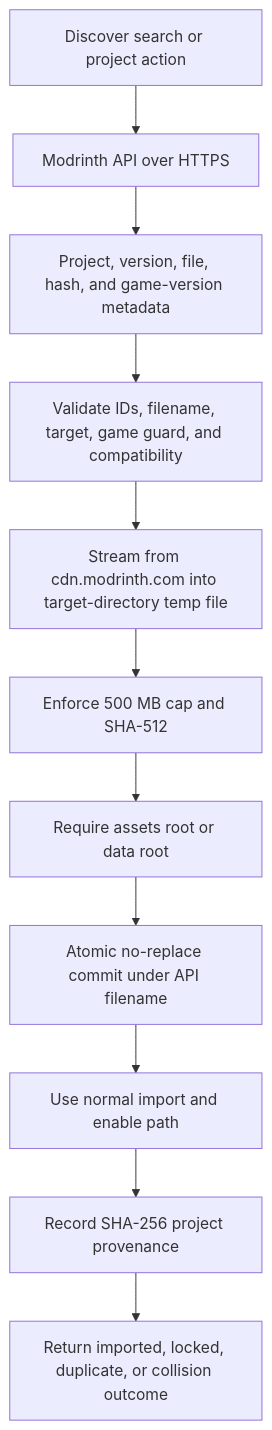
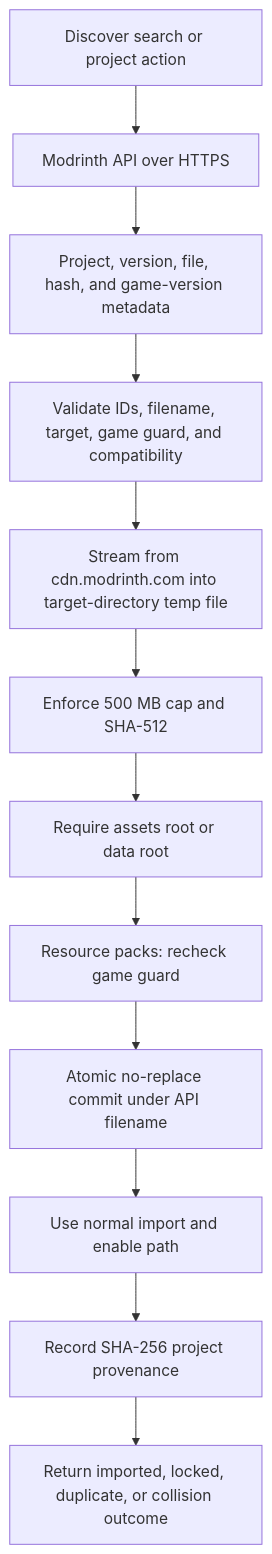
One commit to botij0/mine-utils-manager changed the fifth of 5 diagrams in ARCHITECTURE.md. Above: the diagram before and after it, drawn with Mermaid. The commit also changed other lines of this file, not shown here.

Commit message:
docs: show the finish-time game guard recheck in the install pipeline

````diff
--- a/ARCHITECTURE.md
+++ b/ARCHITECTURE.md
@@ -250,13 +250,14 @@
 ```mermaid
 flowchart TD
     Query["Discover search or project action"] --> API["Modrinth API over HTTPS"]
     API --> Metadata["Project, version, file, hash, and game-version metadata"]
     Metadata --> Precheck["Validate IDs, filename, target, game guard, and compatibility"]
     Precheck --> Download["Stream from cdn.modrinth.com into target-directory temp file"]
     Download --> Limits["Enforce 500 MB cap and SHA-512"]
     Limits --> Zip["Require assets root or data root"]
-    Zip --> Commit["Atomic no-replace commit under API filename"]
+    Zip --> Recheck["Resource packs: recheck game guard"]
+    Recheck --> Commit["Atomic no-replace commit under API filename"]
     Commit --> Import["Use normal import and enable path"]
     Import --> Provenance["Record SHA-256 project provenance"]
     Provenance --> Outcome["Return imported, locked, duplicate, or collision outcome"]
 ```
````
